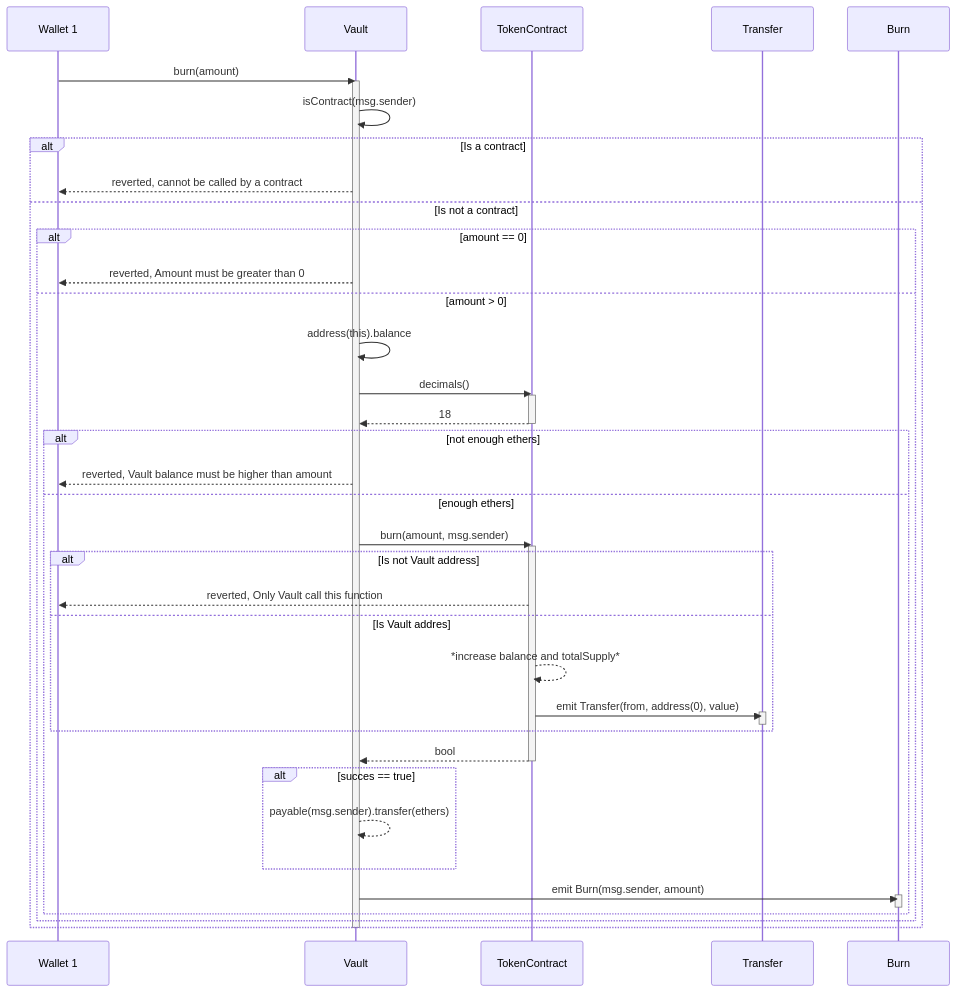
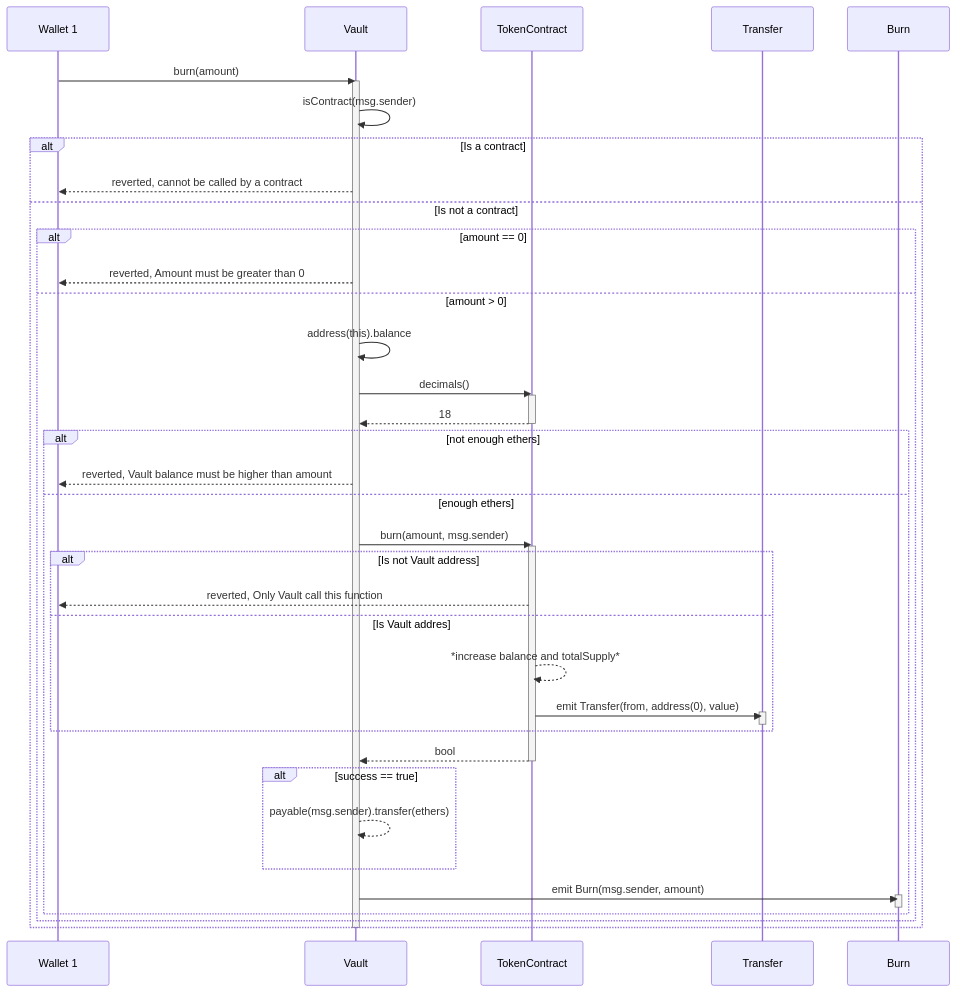
Before and after one commit to ramigonzalez/staking-platform: the fourth of 5 diagrams in Documents/SequenceDiagrams.md, drawn with Mermaid.

````diff
--- a/Documents/SequenceDiagrams.md
+++ b/Documents/SequenceDiagrams.md
@@ -76,44 +76,44 @@
 ```mermaid
 sequenceDiagram
 Wallet 1->>Vault: burn(amount)
 activate Vault
 Vault->>Vault: isContract(msg.sender)
 alt Is a contract
     Vault-->>Wallet 1: reverted, cannot be called by a contract
 else Is not a contract
     alt amount == 0
         Vault-->>Wallet 1: reverted, Amount must be greater than 0
     else amount > 0
         Vault->>Vault: address(this).balance
         Vault->>TokenContract: decimals()
         activate TokenContract
         TokenContract-->>Vault: 18
         deactivate TokenContract
         alt not enough ethers
             Vault-->>Wallet 1: reverted, Vault balance must be higher than amount
         else enough ethers
             Vault->>TokenContract: burn(amount, msg.sender)
             activate TokenContract
             alt Is not Vault address
                 TokenContract-->>Wallet 1: reverted, Only Vault call this function
             else Is Vault addres
                 TokenContract-->>TokenContract: *increase balance and totalSupply*
                 TokenContract->>Transfer: emit Transfer(from, address(0), value)
                 activate Transfer
                 deactivate Transfer
             end
             TokenContract-->>Vault: bool
             deactivate TokenContract
 
-            alt succes == true
+            alt success == true
                 Vault-->>Vault: payable(msg.sender).transfer(ethers)
             end
 
             Vault->>Burn: emit Burn(msg.sender, amount)
             activate Burn
             deactivate Burn
         end  
     end
 end
 deactivate Vault
 ```
````
